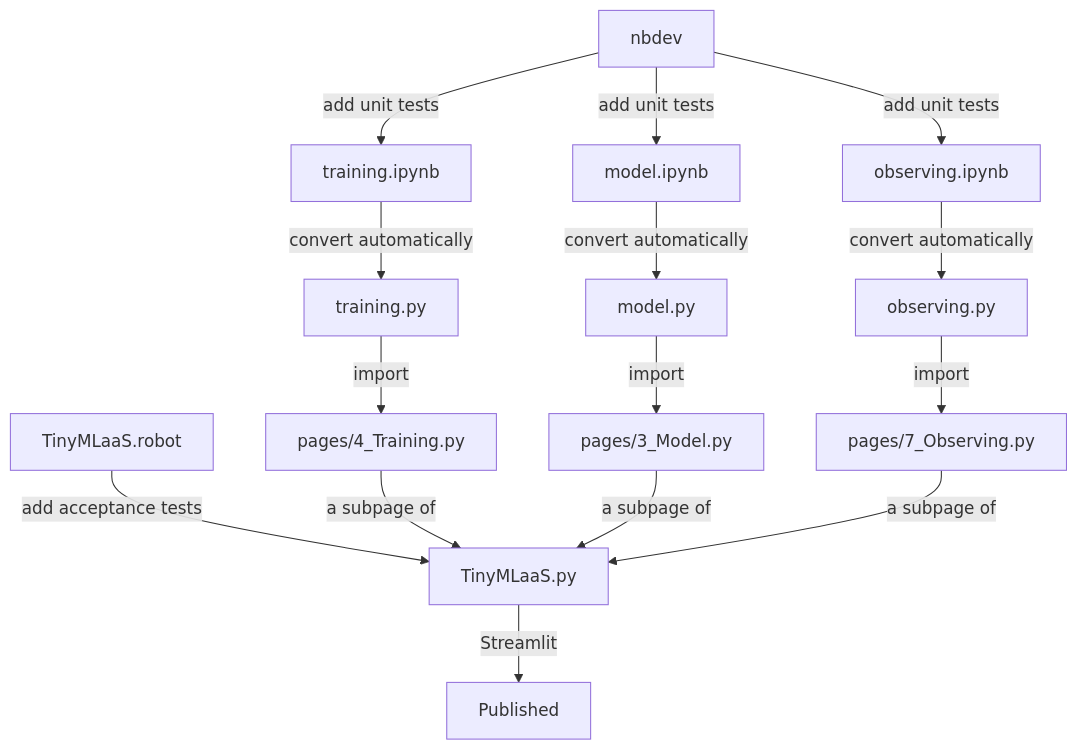
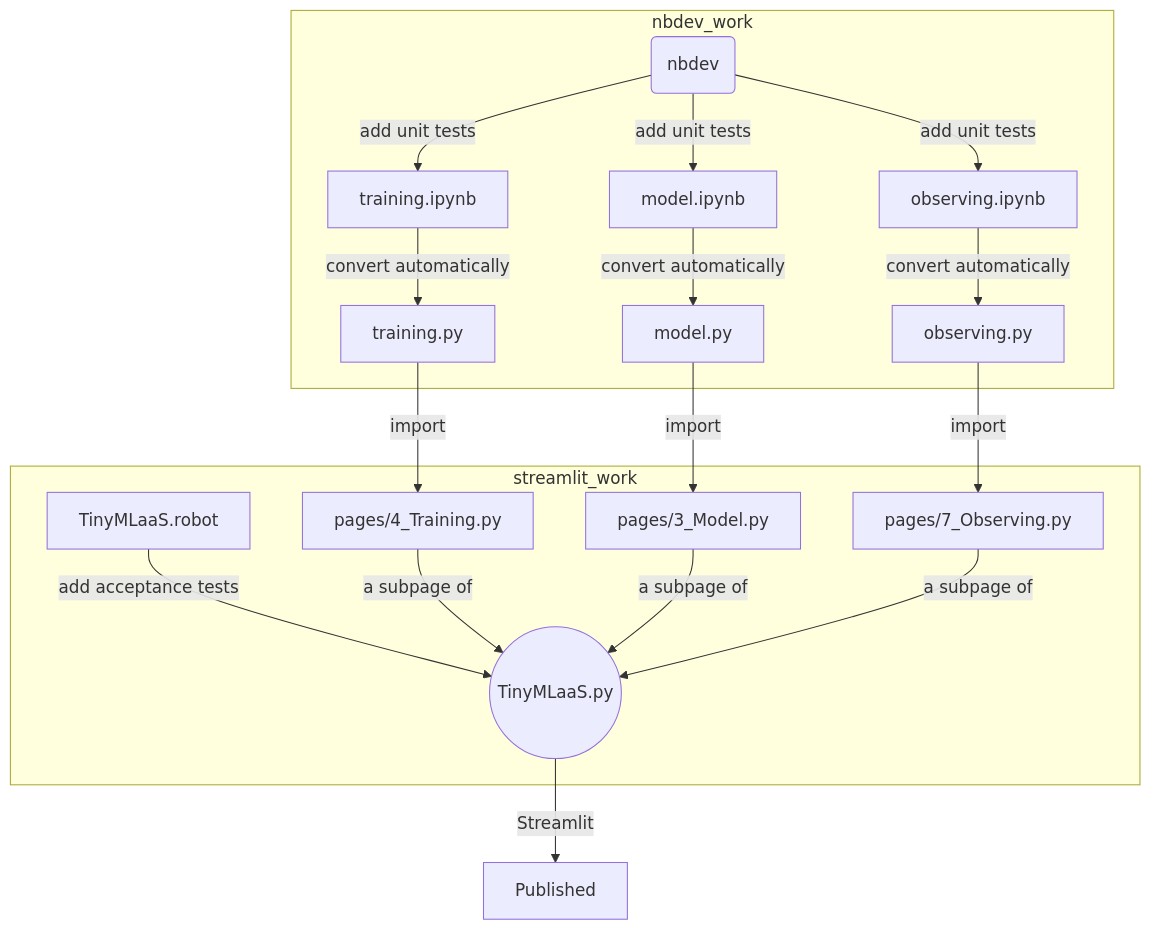
Before and after one commit to Origami-Cloudless-AI/TinyMLaaS-2023-winter: the diagram in README.md, drawn with Mermaid.

````diff
--- a/README.md
+++ b/README.md
@@ -26,10 +26,17 @@
 ```mermaid
   graph TD;
-      n[nbdev] --add unit tests--> a & b & c;
-      a[training.ipynb]--convert automatically-->ap[training.py]--import-->as[pages/4_Training.py];
-      b[model.ipynb]--convert automatically-->bp[model.py]--import-->bs[pages/3_Model.py];
-      c[observing.ipynb]--convert automatically-->cp[observing.py]--import-->cs[pages/7_Observing.py];
-      Tr[TinyMLaaS.robot]--add acceptance tests-->Tp[TinyMLaaS.py];
-      as & bs & cs --a subpage of--> Tp;
+      subgraph nbdev_work
+          n(nbdev) --add unit tests--> a & b & c;
+          a[training.ipynb]--convert automatically-->ap[training.py];
+          b[model.ipynb]--convert automatically-->bp[model.py];
+          c[observing.ipynb]--convert automatically-->cp[observing.py];
+      end
+      ap--import-->as[pages/4_Training.py];
+      bp--import-->bs[pages/3_Model.py];
+      cp--import-->cs[pages/7_Observing.py];
+      subgraph streamlit_work
+          Tr[TinyMLaaS.robot]--add acceptance tests-->Tp((TinyMLaaS.py));
+          as & bs & cs --a subpage of--> Tp;
+      end
       Tp --Streamlit--> Published
 ```
````
